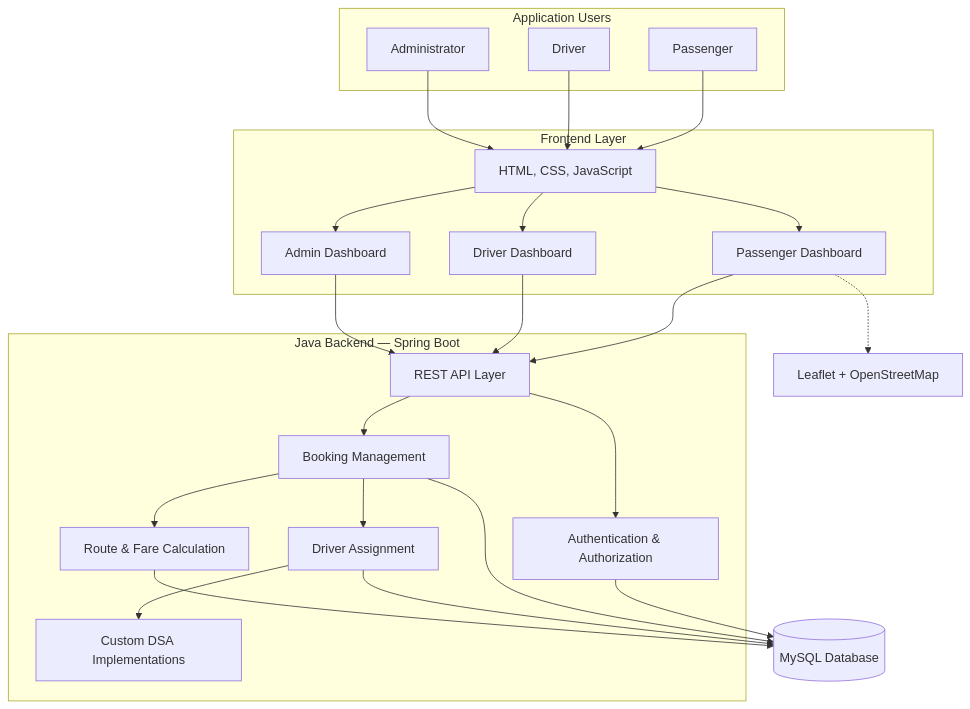
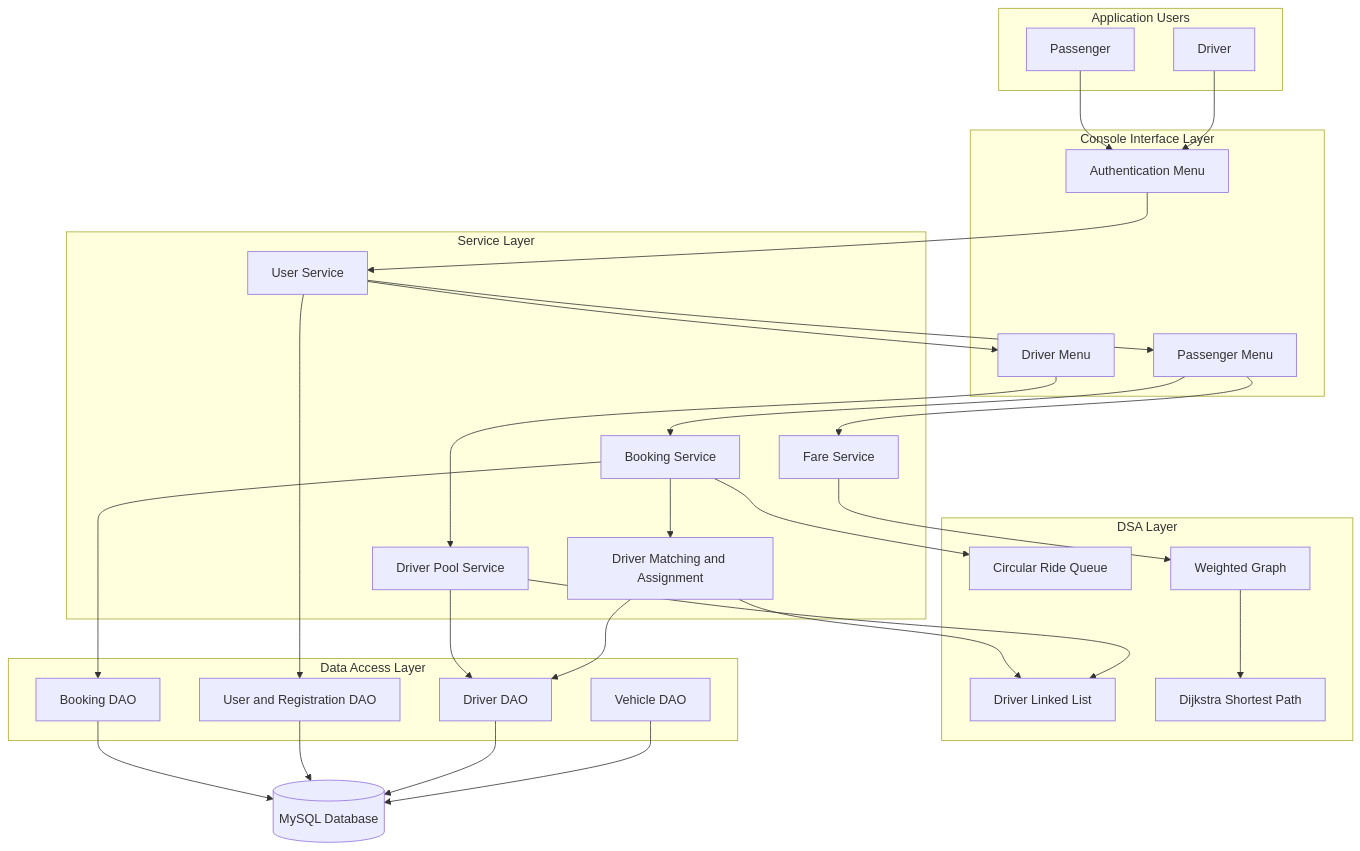
Before and after one commit to Shahnila-Chachar/RideEase_CabBooking_System: the first of 2 diagrams in README.md, drawn with Mermaid. The commit also changed other lines of this file, not shown here.

Commit message:
Update RideEase project documentation

````diff
--- a/README.md
+++ b/README.md
@@ -27,52 +41,62 @@
 ```mermaid
 flowchart TB
     subgraph Users["Application Users"]
         P["Passenger"]
         D["Driver"]
-        A["Administrator"]
     end
 
-    subgraph Frontend["Frontend Layer"]
-        UI["HTML, CSS, JavaScript"]
-        PD["Passenger Dashboard"]
-        DD["Driver Dashboard"]
-        AD["Admin Dashboard"]
+    subgraph UI["Console Interface Layer"]
+        AUTH["Authentication Menu"]
+        PM["Passenger Menu"]
+        DM["Driver Menu"]
     end
 
-    subgraph Backend["Java Backend — Spring Boot"]
-        API["REST API Layer"]
-        AUTH["Authentication & Authorization"]
-        BOOK["Booking Management"]
-        ASSIGN["Driver Assignment"]
-        ROUTE["Route & Fare Calculation"]
-        DSA["Custom DSA Implementations"]
+    subgraph Services["Service Layer"]
+        US["User Service"]
+        BS["Booking Service"]
+        FM["Fare Service"]
+        DP["Driver Pool Service"]
+        AM["Driver Matching and Assignment"]
+    end
+
+    subgraph DSA["DSA Layer"]
+        LL["Driver Linked List"]
+        Q["Circular Ride Queue"]
+        G["Weighted Graph"]
+        DJ["Dijkstra Shortest Path"]
+    end
+
+    subgraph DAO["Data Access Layer"]
+        UDAO["User and Registration DAO"]
+        BDAO["Booking DAO"]
+        DDAO["Driver DAO"]
+        VDAO["Vehicle DAO"]
     end
 
     DB[("MySQL Database")]
-    MAP["Leaflet + OpenStreetMap"]
 
-    P --> UI
-    D --> UI
-    A --> UI
+    P --> AUTH
+    D --> AUTH
+    AUTH --> US
+    US --> PM
+    US --> DM
 
-    UI --> PD
-    UI --> DD
-    UI --> AD
+    PM --> BS
+    PM --> FM
+    DM --> DP
+    BS --> AM
+    AM --> LL
+    DP --> LL
+    BS --> Q
+    FM --> G
+    G --> DJ
 
-    PD --> API
-    DD --> API
-    AD --> API
-
-    API --> AUTH
-    API --> BOOK
-    BOOK --> ASSIGN
-    ASSIGN --> DSA
-    BOOK --> ROUTE
-
-    AUTH --> DB
-    BOOK --> DB
-    ASSIGN --> DB
-    ROUTE --> DB
-
-    PD -.-> MAP
+    US --> UDAO
+    BS --> BDAO
+    DP --> DDAO
+    AM --> DDAO
+    BDAO --> DB
+    UDAO --> DB
+    DDAO --> DB
+    VDAO --> DB
 ```
````
